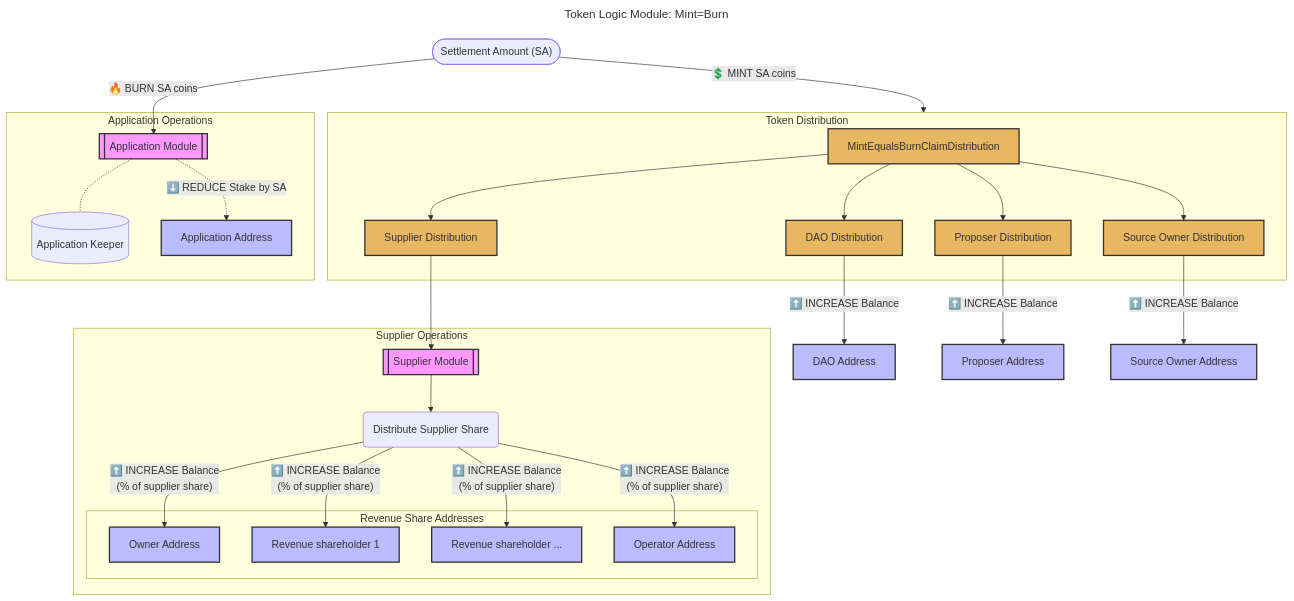
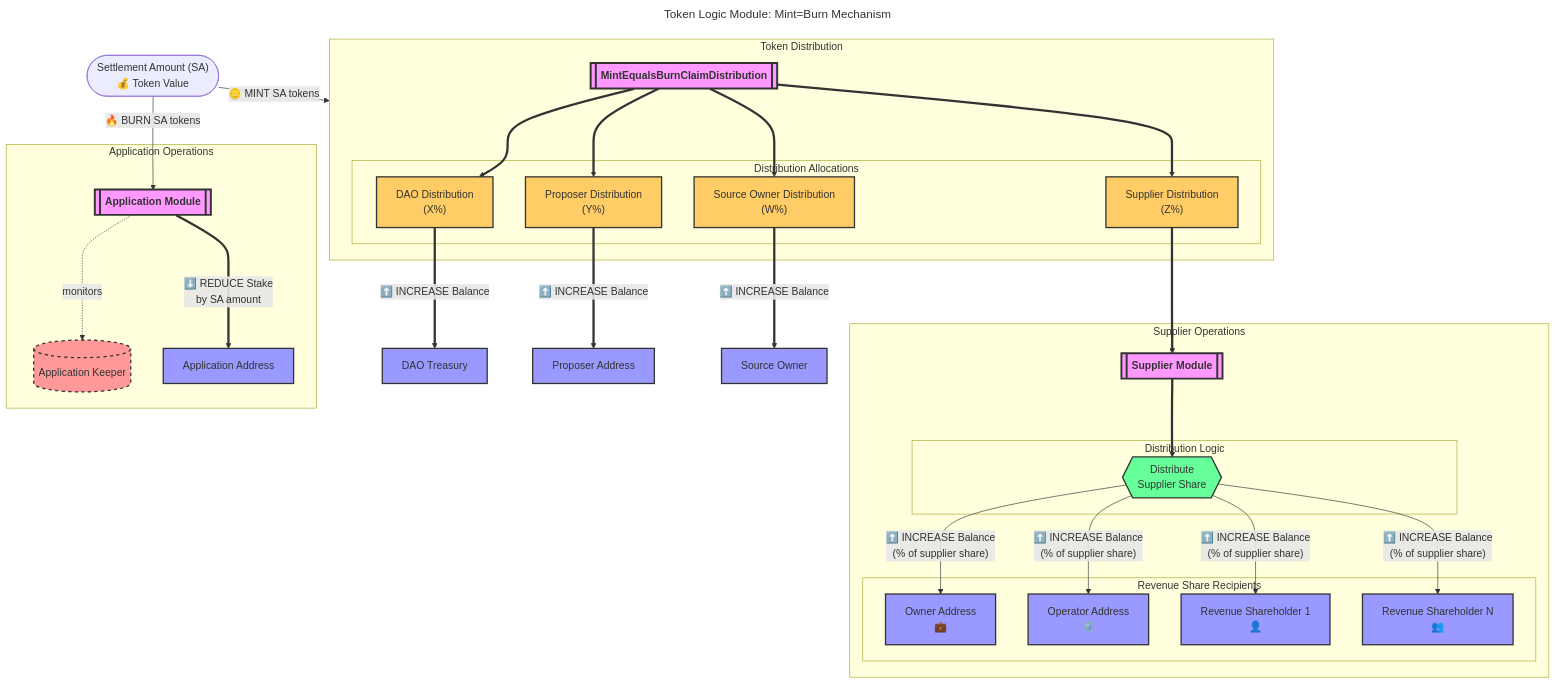
The diagram in docusaurus/docs/3_protocol/tokenomics/5_token_logic_modules_mint_equal_burn.md (pokt-network/poktroll), drawn with Mermaid before and after one commit. The commit also changed other lines of this file, not shown here.

Commit message:
Update mermaid diagram

````diff
--- a/docusaurus/docs/3_protocol/tokenomics/5_token_logic_modules_mint_equal_burn.md
+++ b/docusaurus/docs/3_protocol/tokenomics/5_token_logic_modules_mint_equal_burn.md
@@ -17,63 +17,81 @@
 ```mermaid
 ---
-title: "Token Logic Module: Mint=Burn"
+title: "Token Logic Module: Mint=Burn Mechanism"
 ---
 flowchart TD
-    SA(["Settlement Amount (SA)"])
+    %% Input
+    SA(["Settlement Amount (SA)<br/>💰 Token Value"])
 
-    SA -- 💲 MINT SA coins --> TD
-    SA -- 🔥 BURN SA coins--> AM
+    %% Primary Operations
+    SA -->|"🪙 MINT SA tokens"| TD
+    SA -->|"🔥 BURN SA tokens"| AM
 
+    %% Token Distribution Layer
     subgraph TD[Token Distribution]
-        MEC[MintEqualsBurnClaimDistribution]
-        DAO_DIST[DAO Distribution]
-        PROP_DIST[Proposer Distribution]
-        SUPP_DIST[Supplier Distribution]
-        SRC_DIST[Source Owner Distribution]
+        MEC[["MintEqualsBurnClaimDistribution"]]
 
-        MEC --> DAO_DIST
-        MEC --> PROP_DIST
-        MEC --> SUPP_DIST
-        MEC --> SRC_DIST
+        subgraph DIST[Distribution Allocations]
+            DAO_DIST["DAO Distribution<br/>(X%)"]
+            PROP_DIST["Proposer Distribution<br/>(Y%)"]
+            SUPP_DIST["Supplier Distribution<br/>(Z%)"]
+            SRC_DIST["Source Owner Distribution<br/>(W%)"]
+        end
+
+        MEC ==> DAO_DIST
+        MEC ==> PROP_DIST
+        MEC ==> SUPP_DIST
+        MEC ==> SRC_DIST
     end
 
+    %% Supplier Operations
     subgraph SO[Supplier Operations]
-        SM[[Supplier Module]]
-        SD(Distribute Supplier Share)
+        SM[["Supplier Module"]]
 
-        SUPP_DIST --> SM
-        SM --> SD
-        SD -->|"⬆️ INCREASE Balance <br> (% of supplier share)"| OA
-        SD -->|"⬆️ INCREASE Balance <br> (% of supplier share)"| RSH1
-        SD -->|"⬆️ INCREASE Balance <br> (% of supplier share)"| RSH2
-        SD -->|"⬆️ INCREASE Balance <br> (% of supplier share)"| OPA
+        subgraph SD[Distribution Logic]
+            SDC{{"Distribute<br/>Supplier Share"}}
+        end
 
-        subgraph RSA[Revenue Share Addresses]
-            OA[Owner Address]
-            OPA[Operator Address]
-            RSH1[Revenue shareholder 1]
-            RSH2[Revenue shareholder ...]
+        SUPP_DIST ==> SM
+        SM ==> SDC
+
+        subgraph RSA[Revenue Share Recipients]
+            OA["Owner Address<br/>💼"]
+            OPA["Operator Address<br/>⚙️"]
+            RSH1["Revenue Shareholder 1<br/>👤"]
+            RSH2["Revenue Shareholder N<br/>👥"]
         end
+
+        SDC -->|"⬆️ INCREASE Balance<br/>(% of supplier share)"| OA
+        SDC -->|"⬆️ INCREASE Balance<br/>(% of supplier share)"| OPA
+        SDC -->|"⬆️ INCREASE Balance<br/>(% of supplier share)"| RSH1
+        SDC -->|"⬆️ INCREASE Balance<br/>(% of supplier share)"| RSH2
     end
 
+    %% Application Operations
     subgraph AO[Application Operations]
-        AM[[Application Module]]
-        AK[(Application Keeper)]
-        AA[Application Address]
+        AM[["Application Module"]]
+        AK[("Application Keeper")]
+        AA["Application Address"]
 
-        AM -.- AK
-        AM -. ⬇️ REDUCE Stake by SA .-> AA
+        AM -.->|monitors| AK
+        AM ==>|"⬇️ REDUCE Stake<br/>by SA amount"| AA
     end
 
-    DAO_DIST -->|"⬆️ INCREASE Balance"| DAO_ADDR[DAO Address]
-    PROP_DIST -->|"⬆️ INCREASE Balance"| PROP_ADDR[Proposer Address]
-    SRC_DIST -->|"⬆️ INCREASE Balance"| SRC_ADDR[Source Owner Address]
+    %% Direct Recipients
+    DAO_DIST ==>|"⬆️ INCREASE Balance"| DAO_ADDR["DAO Treasury"]
+    PROP_DIST ==>|"⬆️ INCREASE Balance"| PROP_ADDR["Proposer Address"]
+    SRC_DIST ==>|"⬆️ INCREASE Balance"| SRC_ADDR["Source Owner"]
 
-    classDef module fill:#f9f,color: #333,stroke:#333,stroke-width:2px;
-    classDef address fill:#bbf,color: #333,stroke:#333,stroke-width:2px;
-    classDef distribution fill:#e8b761,color: #333,stroke:#333,stroke-width:2px;
+    %% Styling
+    classDef module fill:#ff99ff,color:#333,stroke:#333,stroke-width:3px,font-weight:bold;
+    classDef address fill:#9999ff,color:#333,stroke:#333,stroke-width:2px;
+    classDef distribution fill:#ffcc66,color:#333,stroke:#333,stroke-width:2px;
+    classDef process fill:#66ff99,color:#333,stroke:#333,stroke-width:2px;
+    classDef keeper fill:#ff9999,color:#333,stroke:#333,stroke-width:2px,stroke-dasharray: 5 5;
 
-    class SM,AM module;
+    class SM,AM,MEC module;
     class RSH1,RSH2,OA,OPA,AA,DAO_ADDR,PROP_ADDR,SRC_ADDR address;
-    class MEC,DAO_DIST,PROP_DIST,SUPP_DIST,SRC_DIST distribution;
+    class DAO_DIST,PROP_DIST,SUPP_DIST,SRC_DIST distribution;
+    class SDC process;
+    class AK keeper;
 ```
````
